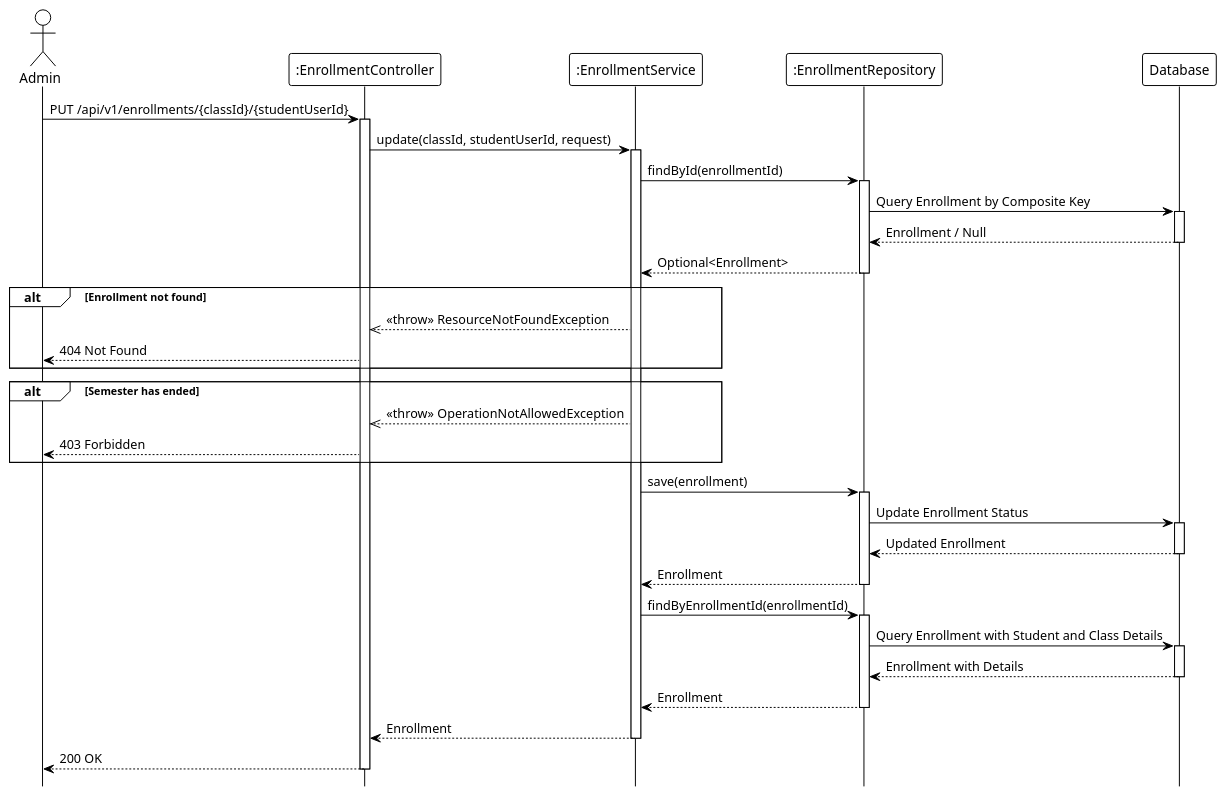
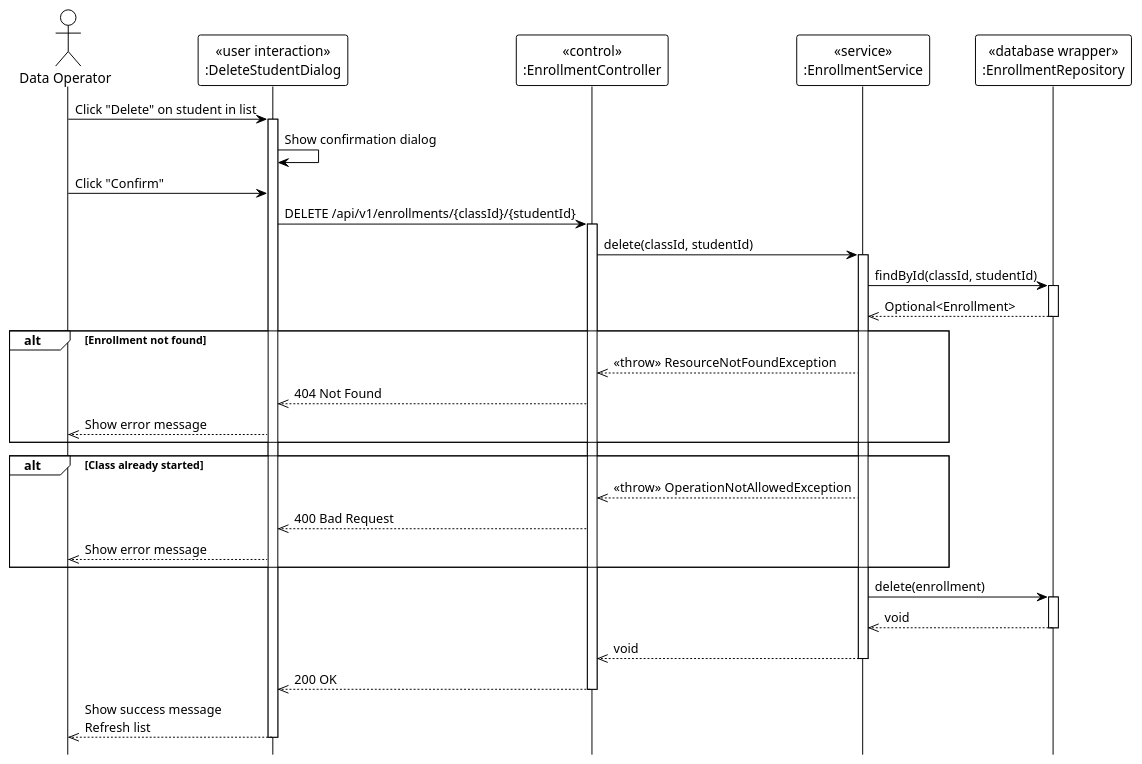
One commit to Ndh474/context changed the diagram in system_detailed_design/31_unenroll_student_from_class/sequence_diagram_unenroll_student_from_class.puml. Above: the diagram before and after it, drawn with PlantUML. The commit also changed 3 other files, not shown here.

Commit message:
docs: Add sequence diagrams for class student viewing, enrollment, unenrollment, and CSV import.

```diff
--- a/system_detailed_design/31_unenroll_student_from_class/sequence_diagram_unenroll_student_from_class.puml
+++ b/system_detailed_design/31_unenroll_student_from_class/sequence_diagram_unenroll_student_from_class.puml
@@ -1,76 +1,59 @@
 @startuml unenroll_student_from_class
 !theme plain
 hide footbox
 
-actor Admin
-participant ":EnrollmentController" as Controller
-participant ":EnrollmentService" as Service
-participant ":EnrollmentRepository" as Repository
-participant "Database" as DB
+actor "Data Operator" as DataOperator
 
-' --- MAIN FLOW ---
-Admin -> Controller: PUT /api/v1/enrollments/{classId}/{studentUserId}
+participant "«user interaction»\n:DeleteStudentDialog" as UI
+participant "«control»\n:EnrollmentController" as Controller
+participant "«service»\n:EnrollmentService" as Service
+participant "«database wrapper»\n:EnrollmentRepository" as Repository
+
+' === MAIN FLOW ===
+DataOperator -> UI: Click "Delete" on student in list
+activate UI
+
+UI -> UI: Show confirmation dialog
+
+DataOperator -> UI: Click "Confirm"
+UI -> Controller: DELETE /api/v1/enrollments/{classId}/{studentId}
 activate Controller
 
-' Request validation (internal)
-
-Controller -> Service: update(classId, studentUserId, request)
+Controller -> Service: delete(classId, studentId)
 activate Service
 
-' --- FIND ENROLLMENT ---
-Service -> Repository: findById(enrollmentId)
+' === CHECK EXISTENCE ===
+Service -> Repository: findById(classId, studentId)
 activate Repository
-
-Repository -> DB: Query Enrollment by Composite Key
-activate DB
-DB --> Repository: Enrollment / Null
-deactivate DB
-
-Repository --> Service: Optional<Enrollment>
+Repository -->> Service: Optional<Enrollment>
 deactivate Repository
 
 alt Enrollment not found
     Service -->> Controller: <<throw>> ResourceNotFoundException
-    Controller --> Admin: 404 Not Found
+    Controller -->> UI: 404 Not Found
+    UI -->> DataOperator: Show error message
 end
 
-' Validation logic (internal)
-
-alt Semester has ended
+' === VALIDATION ===
+alt Class already started
     Service -->> Controller: <<throw>> OperationNotAllowedException
-    Controller --> Admin: 403 Forbidden
+    Controller -->> UI: 400 Bad Request
+    UI -->> DataOperator: Show error message
 end
 
-' Update enrollment status (internal)
-
-' --- SAVE ENROLLMENT ---
-Service -> Repository: save(enrollment)
+' === DELETE ===
+Service -> Repository: delete(enrollment)
 activate Repository
-
-Repository -> DB: Update Enrollment Status
-activate DB
-DB --> Repository: Updated Enrollment
-deactivate DB
-
-Repository --> Service: Enrollment
+Repository -->> Service: void
 deactivate Repository
 
-' --- GET FULL DETAILS ---
-Service -> Repository: findByEnrollmentId(enrollmentId)
-activate Repository
-
-Repository -> DB: Query Enrollment with Student and Class Details
-activate DB
-DB --> Repository: Enrollment with Details
-deactivate DB
-
-Repository --> Service: Enrollment
-deactivate Repository
-
-Service --> Controller: Enrollment
+Service -->> Controller: void
 deactivate Service
 
-Controller --> Admin: 200 OK
+Controller -->> UI: 200 OK
 deactivate Controller
 
+UI -->> DataOperator: Show success message\nRefresh list
+deactivate UI
+
 @enduml
```
